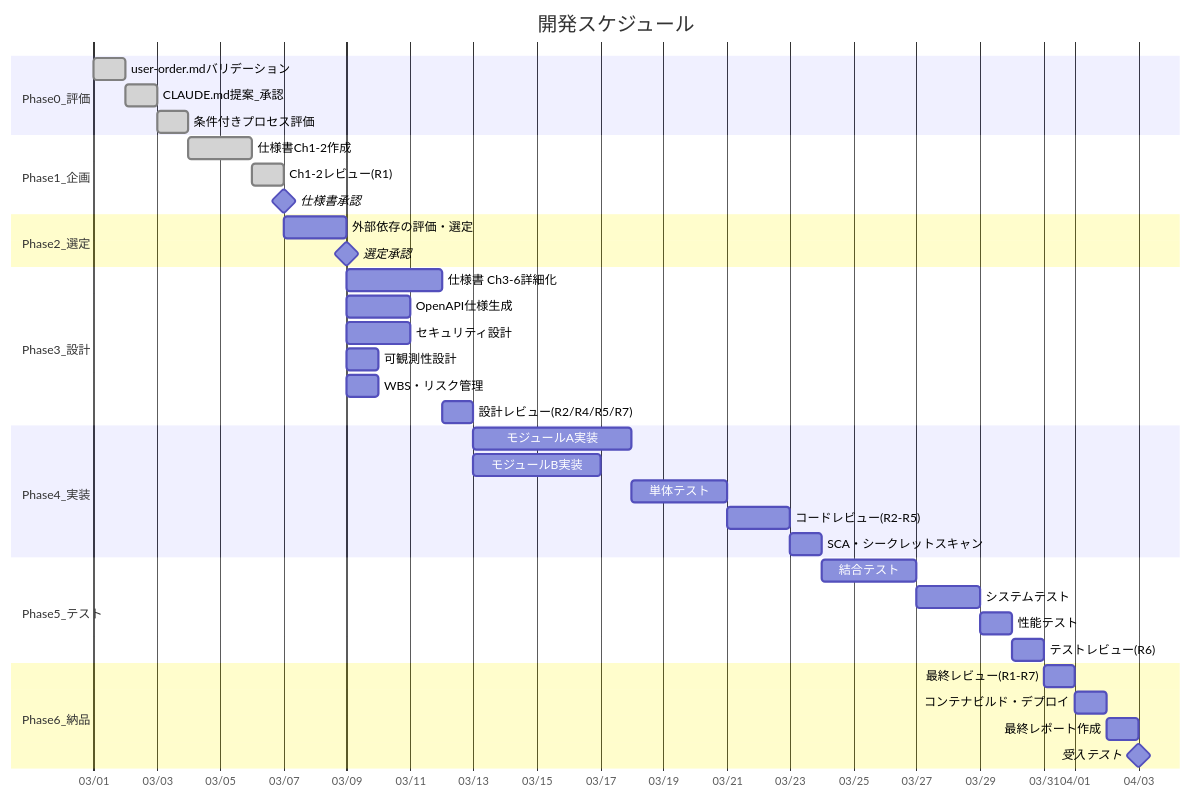
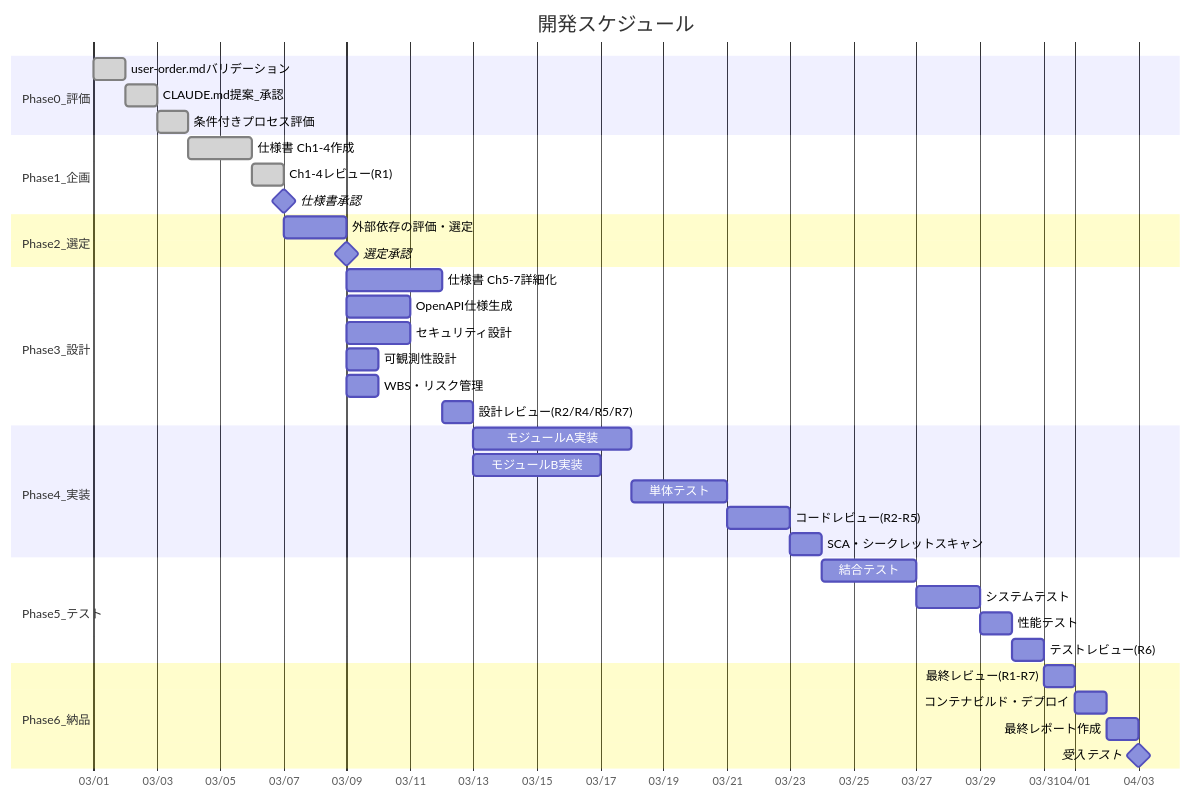
Before and after one commit to GoodRelax/gr-sw-maker: the fifth of 12 diagrams in framework-src/ja/process-rules/full-auto-dev-process-rules.md, drawn with Mermaid. The commit also changed other lines of this file and 28 other files, not shown here.

````diff
--- a/framework-src/ja/process-rules/full-auto-dev-process-rules.md
+++ b/framework-src/ja/process-rules/full-auto-dev-process-rules.md
@@ -1007,47 +1007,47 @@
 ```mermaid
 gantt
     title 開発スケジュール
     dateFormat  YYYY-MM-DD
     axisFormat  %m/%d
 
     section Phase0_評価
     user-order.mdバリデーション     : done, p0a, 2026-03-01, 1d
     CLAUDE.md提案_承認             : done, p0a2, after p0a, 1d
     条件付きプロセス評価           : done, p0b, after p0a2, 1d
 
     section Phase1_企画
-    仕様書Ch1-2作成                 : done, p1b, after p0b, 2d
-    Ch1-2レビュー(R1)              : done, p1c, after p1b, 1d
+    仕様書 Ch1-4作成                 : done, p1b, after p0b, 2d
+    Ch1-4レビュー(R1)              : done, p1c, after p1b, 1d
     仕様書承認                    : milestone, p1d, after p1c, 0d
 
     section Phase2_選定
     外部依存の評価・選定           : p2s, after p1d, 2d
     選定承認                      : milestone, p2m, after p2s, 0d
 
     section Phase3_設計
-    仕様書 Ch3-6詳細化              : p3a, after p2m, 3d
+    仕様書 Ch5-7詳細化              : p3a, after p2m, 3d
     OpenAPI仕様生成               : p3e, after p2m, 2d
     セキュリティ設計               : p3b, after p2m, 2d
     可観測性設計                   : p3f, after p2m, 1d
     WBS・リスク管理               : p3c, after p2m, 1d
     設計レビュー(R2/R4/R5/R7)        : p3d, after p3a, 1d
 
     section Phase4_実装
     モジュールA実装               : p4a, after p3d, 5d
     モジュールB実装               : p4b, after p3d, 4d
     単体テスト                    : p4c, after p4a, 3d
     コードレビュー(R2-R5)        : p4d, after p4c, 2d
     SCA・シークレットスキャン      : p4e, after p4d, 1d
 
     section Phase5_テスト
     結合テスト                    : p5a, after p4e, 3d
     システムテスト                 : p5b, after p5a, 2d
     性能テスト                    : p5g, after p5b, 1d
     テストレビュー(R6)             : p5c, after p5g, 1d
 
     section Phase6_納品
     最終レビュー(R1-R7)            : p6a, after p5c, 1d
     コンテナビルド・デプロイ        : p6b, after p6a, 1d
     最終レポート作成               : p6c, after p6b, 1d
     受入テスト                    : milestone, p6d, after p6c, 0d
 ```
````
